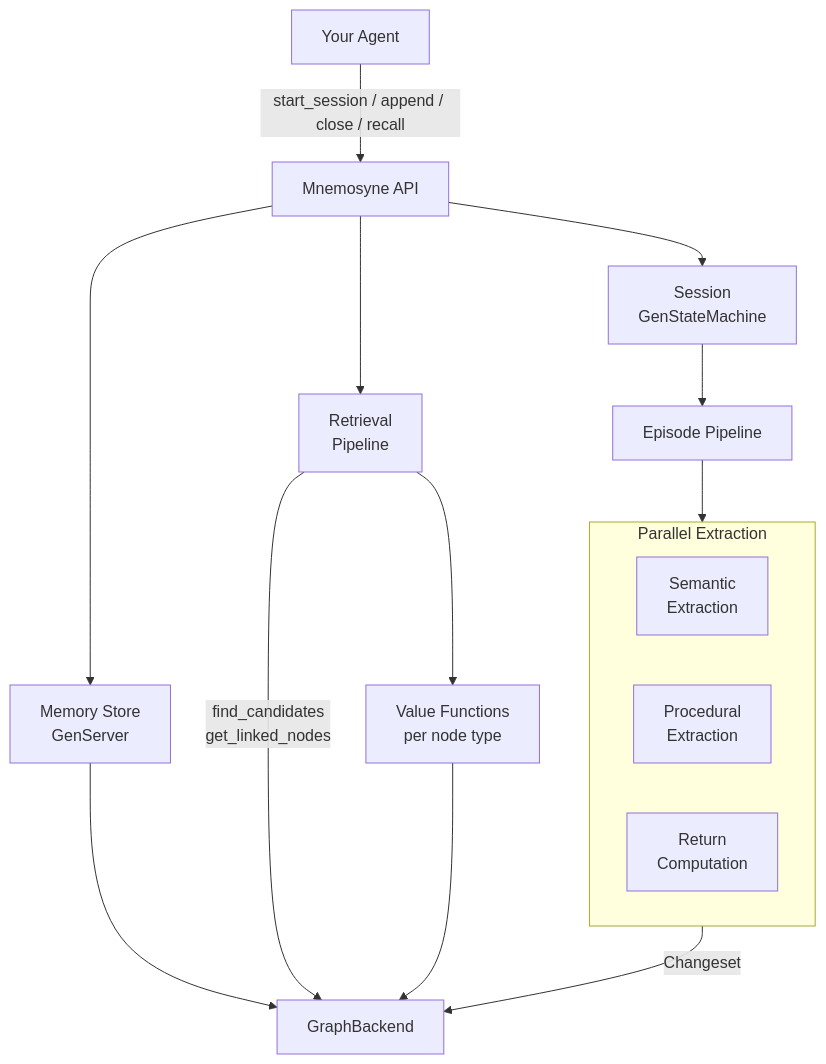
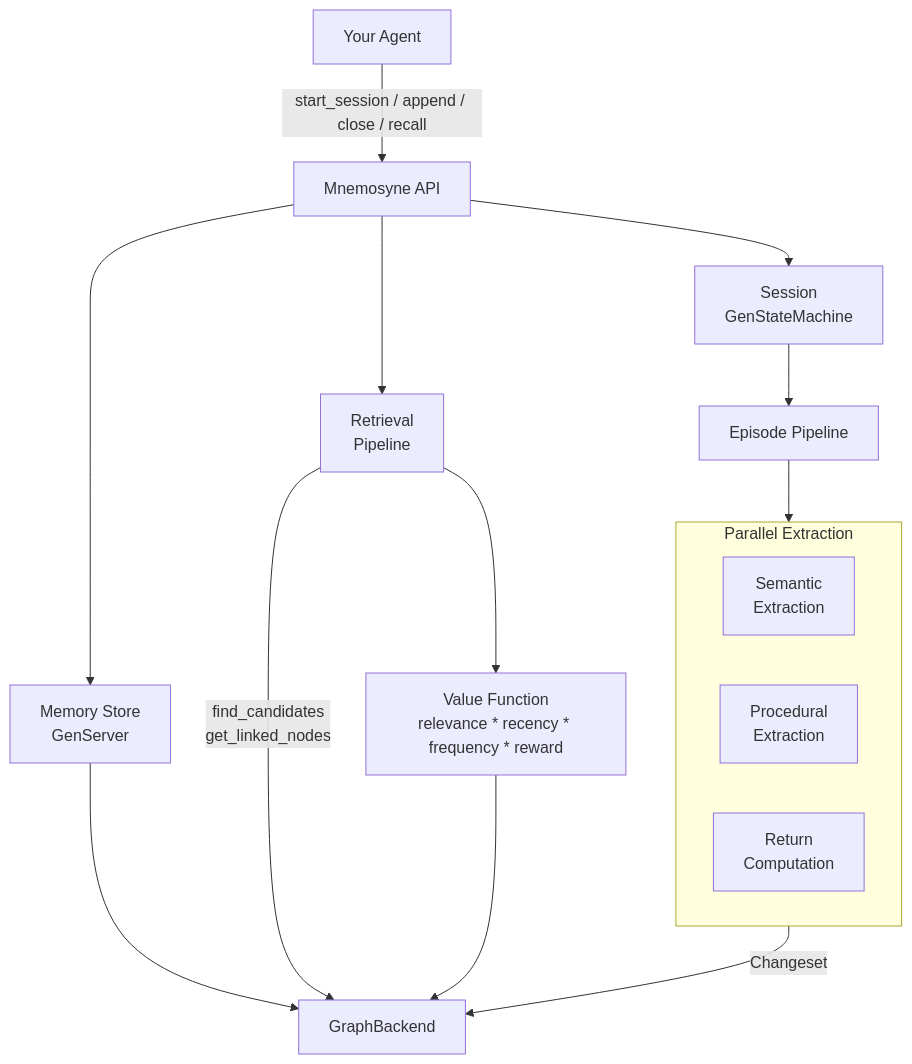
The first of 2 diagrams in README.md (edlontech/mnemosyne), drawn with Mermaid before and after one commit. The commit also changed other lines of this file and 31 other files, not shown here.

Commit message:
feat: implement real value function scoring with metadata

````diff
--- a/README.md
+++ b/README.md
@@ -55,24 +55,24 @@
 ```mermaid
 graph TD
     Agent[Your Agent] -->|start_session / append / close / recall| API[Mnemosyne API]
 
     API --> Session[Session\nGenStateMachine]
     API --> Store[Memory Store\nGenServer]
     API --> Retrieval[Retrieval\nPipeline]
 
     Session --> Episode[Episode Pipeline]
     Store --> Backend[GraphBackend]
-    Retrieval --> VF[Value Functions\nper node type]
+    Retrieval --> VF[Value Function\nrelevance * recency * frequency * reward]
     Retrieval -->|find_candidates\nget_linked_nodes| Backend
 
     Episode --> Structuring
 
     subgraph Structuring [Parallel Extraction]
         Semantic[Semantic\nExtraction]
         Procedural[Procedural\nExtraction]
         Returns[Return\nComputation]
     end
 
     Structuring -->|Changeset| Backend
     VF --> Backend
 ```
````
